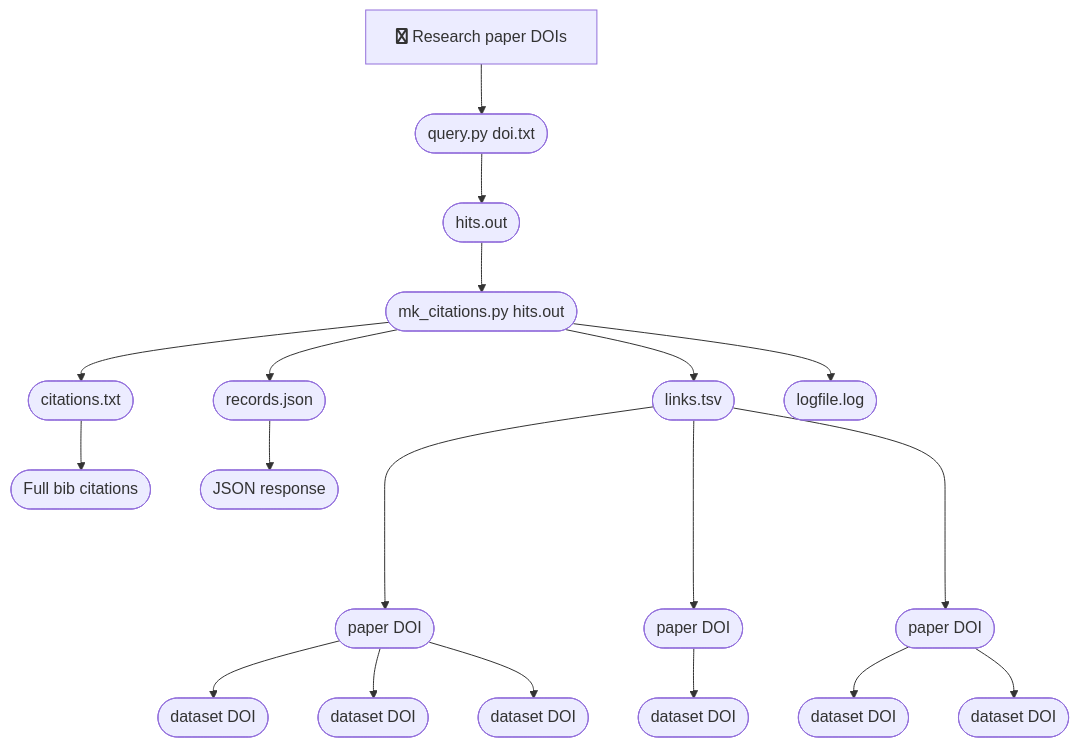
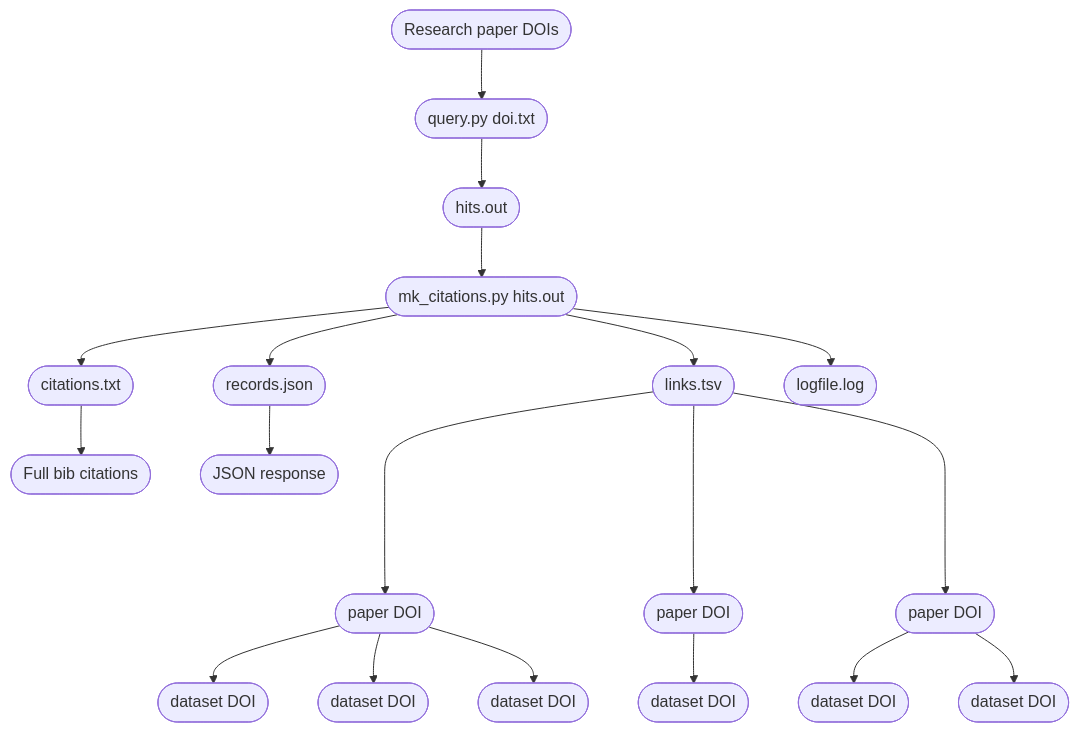
The diagram in README.md (sefnyn/scholix), drawn with Mermaid before and after one commit.

````diff
--- a/README.md
+++ b/README.md
@@ -3,22 +3,22 @@
 ```mermaid
 graph TD;
-    A[fa:fa-twitter Research paper DOIs]
+    A([Research paper DOIs]);
     A --> B([query.py doi.txt]);
     B --> C([hits.out]);
     C --> D([mk_citations.py hits.out]);
     D --> E([links.tsv]);
     D --> F([citations.txt]);
     D --> G([records.json]);
     D --> H([logfile.log]);
     E ----> P2([paper DOI]);
     E ----> P1([paper DOI]);
     E ----> P3([paper DOI]);
     P2 --> D2A([dataset DOI]);
     P2 --> D2B([dataset DOI]);
     P2 --> D2C([dataset DOI]);
     P1 --> D1([dataset DOI]);
     P3 --> D3A([dataset DOI]);
     P3 --> D3B([dataset DOI]);
     F --> K([Full bib citations]);
     G --> L([JSON response]);
 ```
````
